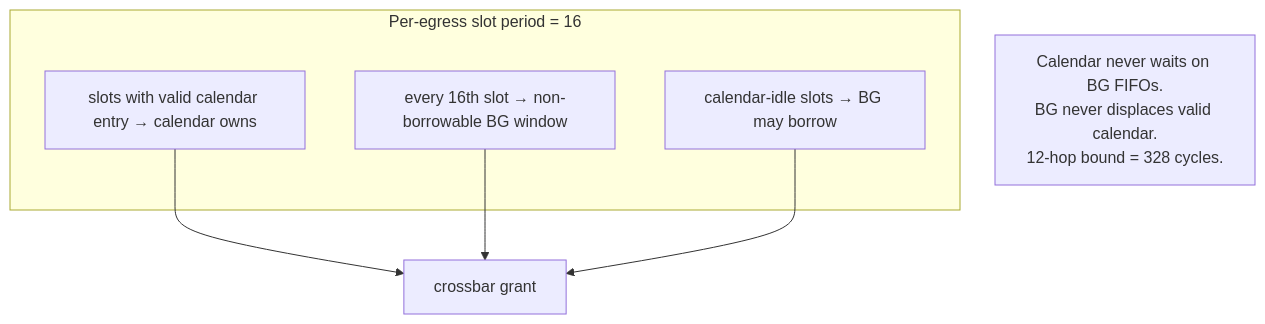
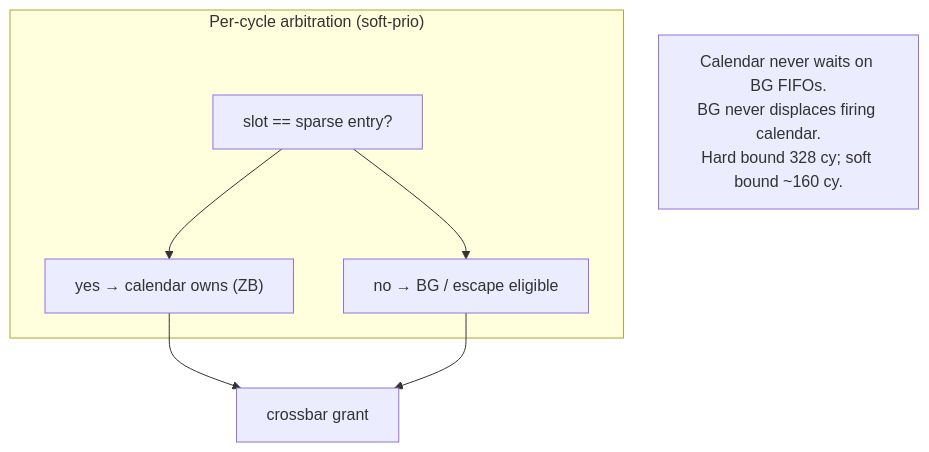
Before and after one commit to lukebest/booksim2: the third of 6 diagrams in docs/phase-3-uarch/uarch-diagram.md, drawn with Mermaid. The commit also changed other lines of this file and 30 other files, not shown here.

First line of the commit message:
dse: Trial 3 Arch-A3 SparseCal — sparse event calendar

````diff
--- a/docs/phase-3-uarch/uarch-diagram.md
+++ b/docs/phase-3-uarch/uarch-diagram.md
@@ -56,12 +61,13 @@
 ```mermaid
 flowchart TB
-  subgraph tdm["Per-egress slot period = 16"]
-    CALOWN["slots with valid calendar entry → calendar owns"]
-    BGWIN["every 16th slot → non-borrowable BG window"]
-    IDLE["calendar-idle slots → BG may borrow"]
+  subgraph tdm["Per-cycle arbitration (soft-prio)"]
+    MATCH["slot == sparse entry?"]
+    CALOWN["yes → calendar owns (ZB)"]
+    BGELIG["no → BG / escape eligible"]
   end
+  MATCH --> CALOWN
+  MATCH --> BGELIG
   CALOWN --> GRANT["crossbar grant"]
-  BGWIN --> GRANT
-  IDLE --> GRANT
-  note["Calendar never waits on BG FIFOs.<br/>BG never displaces valid calendar.<br/>12-hop bound = 328 cycles."]
+  BGELIG --> GRANT
+  note["Calendar never waits on BG FIFOs.<br/>BG never displaces firing calendar.<br/>Hard bound 328 cy; soft bound ~160 cy."]
 ```
````
